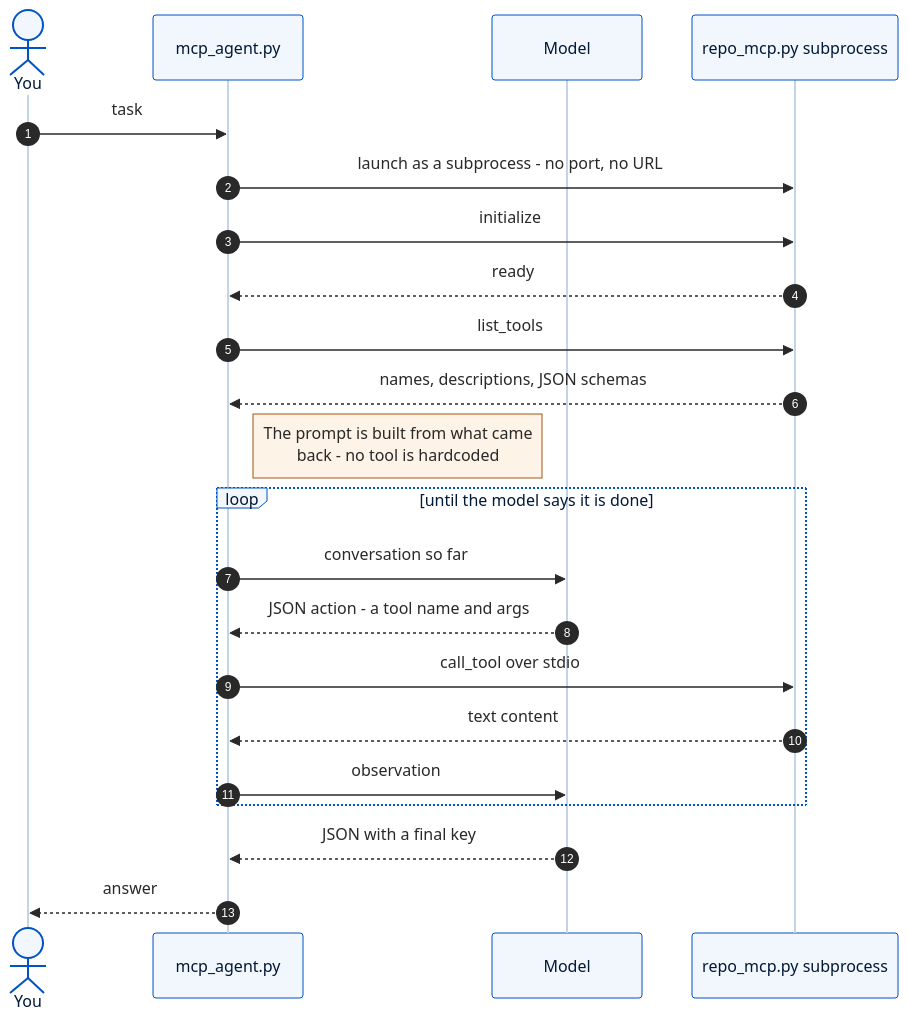
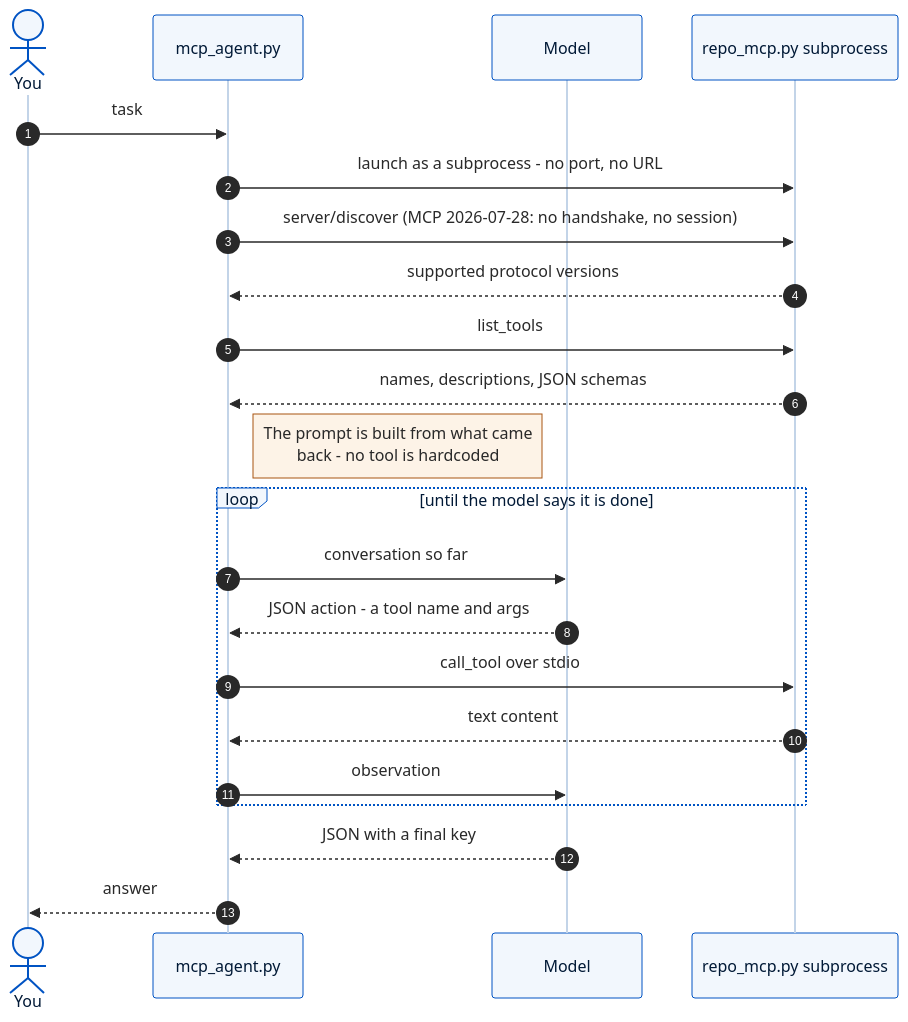
One commit to skillrepos/handsai changed the fifth of 11 diagrams in diagrams/README.md. Above: the diagram before and after it, drawn with Mermaid. The commit also changed 10 other files, not shown here.

````diff
--- a/diagrams/README.md
+++ b/diagrams/README.md
@@ -167,25 +167,25 @@
 ```mermaid
 %%{init: {"theme": "base", "fontFamily": "Mulish, Helvetica, Arial, sans-serif", "themeVariables": {"fontFamily": "Mulish, Helvetica, Arial, sans-serif", "fontSize": "16px", "primaryColor": "#F2F7FD", "primaryTextColor": "#011936", "primaryBorderColor": "#C3D4E8", "lineColor": "#6E6E6E", "textColor": "#292929", "clusterBkg": "#FFFFFF", "clusterBorder": "#C3D4E8", "edgeLabelBackground": "#FFFFFF", "tertiaryColor": "#FFFFFF", "actorBkg": "#F2F7FD", "actorBorder": "#0053C3", "actorTextColor": "#011936", "actorLineColor": "#C3D4E8", "signalColor": "#292929", "signalTextColor": "#292929", "noteBkgColor": "#FDF3E7", "noteBorderColor": "#A85410", "noteTextColor": "#292929", "labelBoxBkgColor": "#F2F7FD", "labelBoxBorderColor": "#0053C3", "labelTextColor": "#011936", "loopTextColor": "#011936", "sequenceNumberColor": "#FFFFFF"}}}%%
 sequenceDiagram
     autonumber
     actor You
     participant Agent as mcp_agent.py
     participant Model
     participant Server as repo_mcp.py subprocess
     You->>Agent: task
     Agent->>Server: launch as a subprocess - no port, no URL
-    Agent->>Server: initialize
-    Server-->>Agent: ready
+    Agent->>Server: server/discover (MCP 2026-07-28: no handshake, no session)
+    Server-->>Agent: supported protocol versions
     Agent->>Server: list_tools
     Server-->>Agent: names, descriptions, JSON schemas
     Note right of Agent: The prompt is built from what came<br/>back - no tool is hardcoded
     loop until the model says it is done
         Agent->>Model: conversation so far
         Model-->>Agent: JSON action - a tool name and args
         Agent->>Server: call_tool over stdio
         Server-->>Agent: text content
         Agent->>Model: observation
     end
     Model-->>Agent: JSON with a final key
     Agent-->>You: answer
 ```
````
